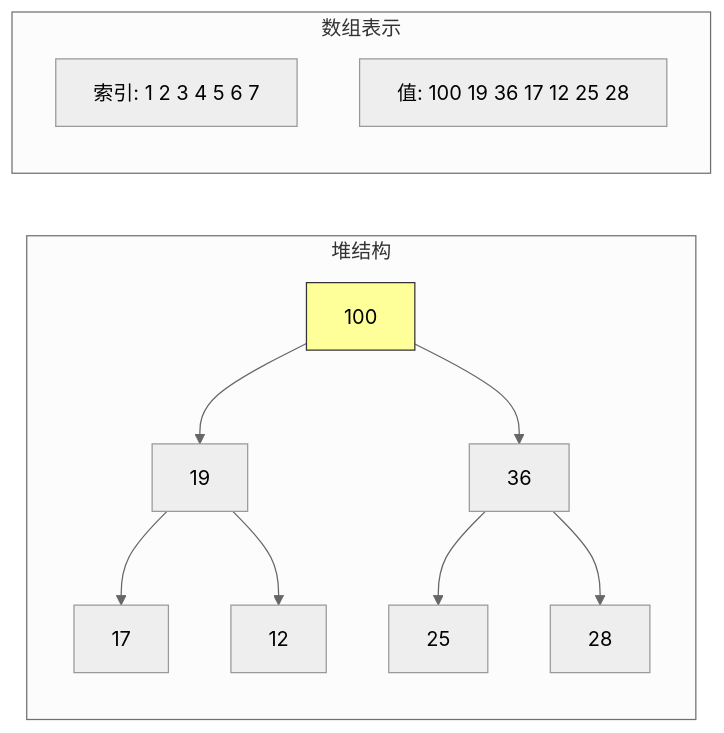
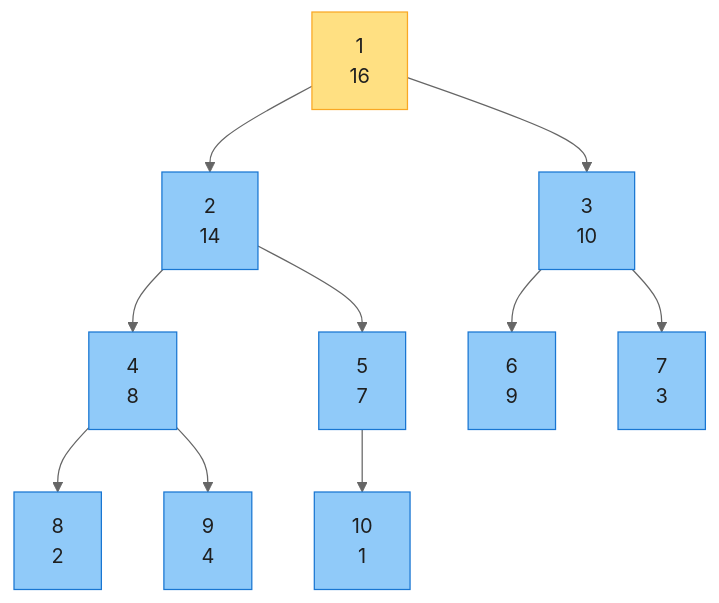
One commit to socoo123/book_reading changed the first of 6 diagrams in IntroductionToAlgorithms/Chapter06_堆排序_深度版.md. Above: the diagram before and after it, drawn with Mermaid (neutral theme). The commit also changed other lines of this file and 30 other files, not shown here.

````diff
--- a/IntroductionToAlgorithms/Chapter06_堆排序_深度版.md
+++ b/IntroductionToAlgorithms/Chapter06_堆排序_深度版.md
@@ -32,18 +54,17 @@
 ```mermaid
-graph LR
-    subgraph 堆结构
-    A["100"] --> B["19"]
-    A --> C["36"]
-    B --> D["17"]
-    B --> E["12"]
-    C --> F["25"]
-    C --> G["28"]
-    end
+graph TD
+    n1["1<br/>16"] --> n2["2<br/>14"]
+    n1 --> n3["3<br/>10"]
+    n2 --> n4["4<br/>8"]
+    n2 --> n5["5<br/>7"]
+    n3 --> n6["6<br/>9"]
+    n3 --> n7["7<br/>3"]
+    n4 --> n8["8<br/>2"]
+    n4 --> n9["9<br/>4"]
+    n5 --> n10["10<br/>1"]
 
-    subgraph 数组表示
-    H["索引: 1 2 3 4 5 6 7"]
-    I["值: 100 19 36 17 12 25 28"]
-    end
-
-    style A fill:#ff9,stroke:#333
+    classDef rt fill:#FFE082,stroke:#F9A825,color:#1f1f1f
+    classDef nd fill:#90CAF9,stroke:#1976D2,color:#1f1f1f
+    class n1 rt
+    class n2,n3,n4,n5,n6,n7,n8,n9,n10 nd
 ```
````
